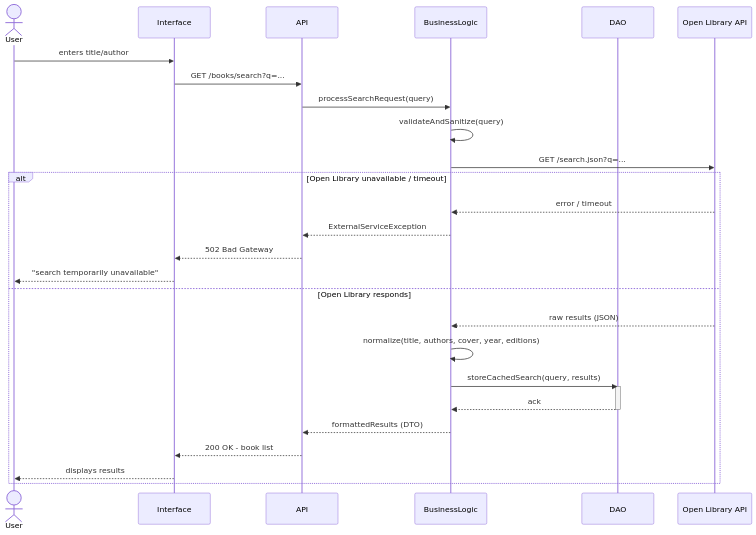
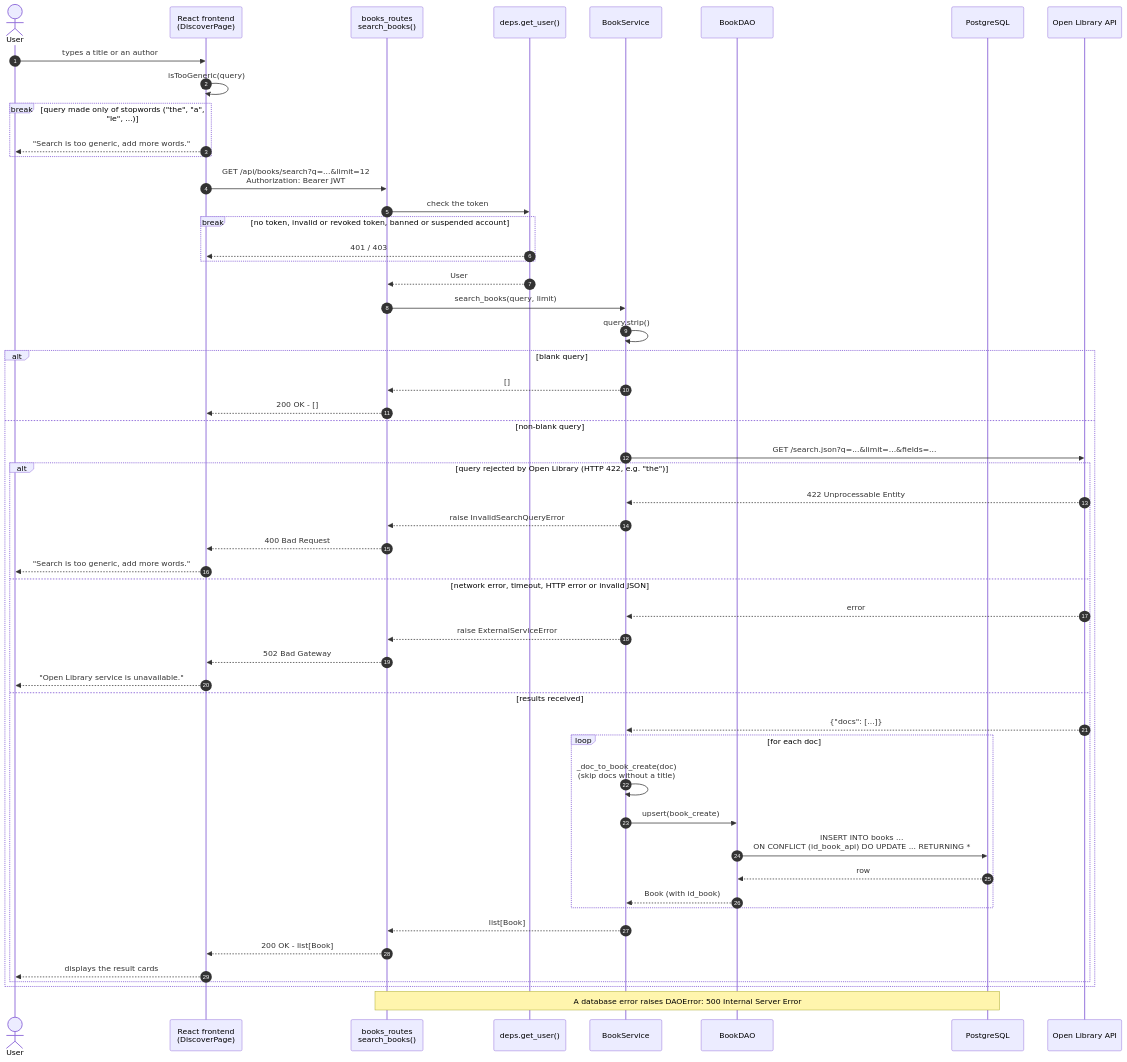
Before and after one commit to kevinbrgl/ensai-it-project-2a-team-27-: the diagram in doc/sequence_diagram_f2.md, drawn with Mermaid. The commit also changed other lines of this file and 29 other files, not shown here.

Commit message:
docs: update UML diagrams to match the final code

````diff
--- a/doc/sequence_diagram_f2.md
+++ b/doc/sequence_diagram_f2.md
@@ -1,35 +7,58 @@
 ```mermaid
 sequenceDiagram
+    autonumber
     actor User
-    participant UI as Interface
-    participant API
-    participant BusinessLogic
-    participant DAO
+    participant UI as React frontend<br/>(DiscoverPage)
+    participant API as books_routes<br/>search_books()
+    participant Auth as deps.get_user()
+    participant BS as BookService
+    participant DAO as BookDAO
+    participant DB as PostgreSQL
     participant OL as Open Library API
- 
-    User->>UI: enters title/author
-    UI->>API: GET /books/search?q=...
-    API->>BusinessLogic: processSearchRequest(query)
- 
-    BusinessLogic->>BusinessLogic: validateAndSanitize(query)
-    BusinessLogic->>OL: GET /search.json?q=...
- 
-    alt Open Library unavailable / timeout
-        OL-->>BusinessLogic: error / timeout
-        BusinessLogic-->>API: ExternalServiceException
-        API-->>UI: 502 Bad Gateway
-        UI-->>User: "search temporarily unavailable"
-    else Open Library responds
-        OL-->>BusinessLogic: raw results (JSON)
-        BusinessLogic->>BusinessLogic: normalize(title, authors, cover, year, editions)
- 
-        BusinessLogic->>DAO: storeCachedSearch(query, results)
-        activate DAO
-        DAO-->>BusinessLogic: ack
-        deactivate DAO
- 
-        BusinessLogic-->>API: formattedResults (DTO)
-        API-->>UI: 200 OK - book list
-        UI-->>User: displays results
+
+    User->>UI: types a title or an author
+    UI->>UI: isTooGeneric(query)
+    break query made only of stopwords ("the", "a", "le", ...)
+        UI-->>User: "Search is too generic, add more words."
     end
+    UI->>API: GET /api/books/search?q=...&limit=12<br/>Authorization: Bearer JWT
+    API->>Auth: check the token
+    break no token, invalid or revoked token, banned or suspended account
+        Auth-->>UI: 401 / 403
+    end
+    Auth-->>API: User
+    API->>BS: search_books(query, limit)
+    BS->>BS: query.strip()
+
+    alt blank query
+        BS-->>API: []
+        API-->>UI: 200 OK - []
+    else non-blank query
+        BS->>OL: GET /search.json?q=...&limit=...&fields=...
+        alt query rejected by Open Library (HTTP 422, e.g. "the")
+            OL-->>BS: 422 Unprocessable Entity
+            BS-->>API: raise InvalidSearchQueryError
+            API-->>UI: 400 Bad Request
+            UI-->>User: "Search is too generic, add more words."
+        else network error, timeout, HTTP error or invalid JSON
+            OL-->>BS: error
+            BS-->>API: raise ExternalServiceError
+            API-->>UI: 502 Bad Gateway
+            UI-->>User: "Open Library service is unavailable."
+        else results received
+            OL-->>BS: {"docs": [...]}
+            loop for each doc
+                BS->>BS: _doc_to_book_create(doc)<br/>(skip docs without a title)
+                BS->>DAO: upsert(book_create)
+                DAO->>DB: INSERT INTO books ...<br/>ON CONFLICT (id_book_api) DO UPDATE ... RETURNING *
+                DB-->>DAO: row
+                DAO-->>BS: Book (with id_book)
+            end
+            BS-->>API: list[Book]
+            API-->>UI: 200 OK - list[Book]
+            UI-->>User: displays the result cards
+        end
+    end
+
+    Note over API,DB: A database error raises DAOError: 500 Internal Server Error
 ```
````
